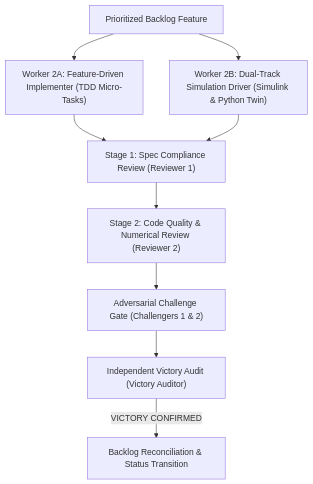
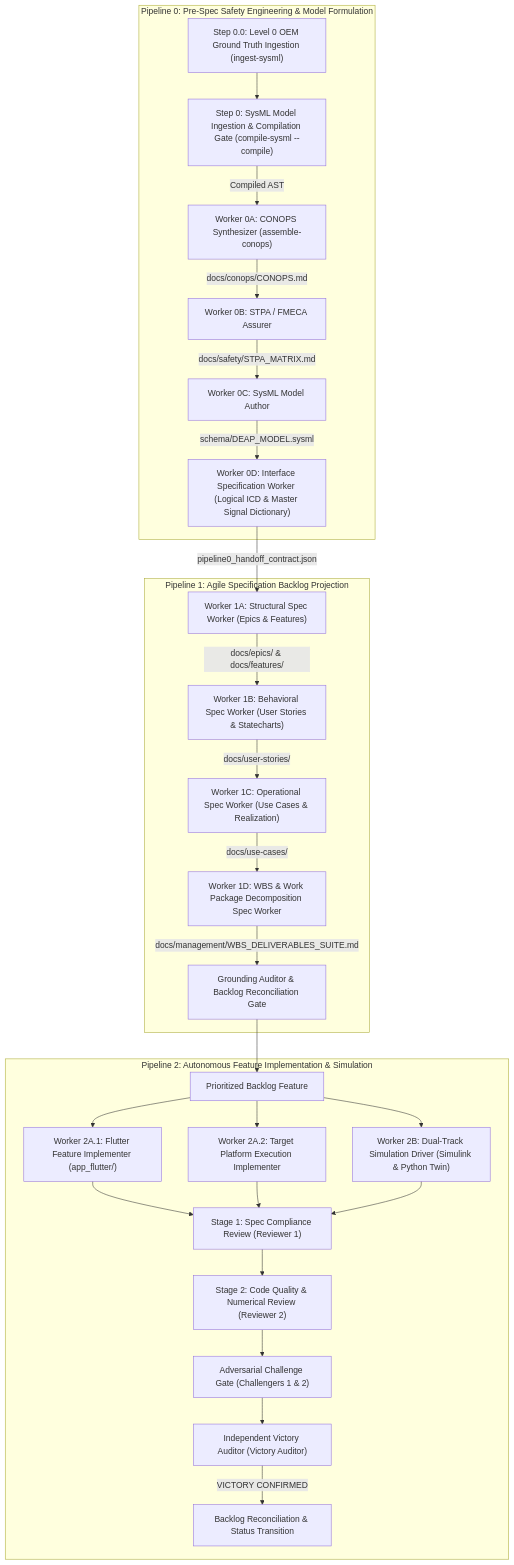
The diagram in README.md (gintatkinson/DEAP01-spec-core), drawn with Mermaid before and after one commit. The commit also changed other lines of this file and 748 other files, not shown here.

````diff
--- a/README.md
+++ b/README.md
@@ -664,10 +112,30 @@
 ```mermaid
 flowchart TD
-    Backlog["Prioritized Backlog Feature"] --> W2A["Worker 2A: Feature-Driven Implementer (TDD Micro-Tasks)"]
-    Backlog --> W2B["Worker 2B: Dual-Track Simulation Driver (Simulink & Python Twin)"]
-    W2A & W2B --> Rev1["Stage 1: Spec Compliance Review (Reviewer 1)"]
-    Rev1 --> Rev2["Stage 2: Code Quality & Numerical Review (Reviewer 2)"]
-    Rev2 --> Chall["Adversarial Challenge Gate (Challengers 1 & 2)"]
-    Chall --> Victory["Independent Victory Audit (Victory Auditor)"]
-    Victory -->|"VICTORY CONFIRMED"| Release["Backlog Reconciliation & Status Transition"]
+    subgraph P0["Pipeline 0: Pre-Spec Safety Engineering & Model Formulation"]
+        Step00["Step 0.0: Level 0 OEM Ground Truth Ingestion (ingest-sysml)"] --> Step0["Step 0: SysML Model Ingestion & Compilation Gate (compile-sysml --compile)"]
+        Step0 -->|"Compiled AST"| W0A["Worker 0A: CONOPS Synthesizer (assemble-conops)"]
+        W0A -->|"docs/conops/CONOPS.md"| W0B["Worker 0B: STPA / FMECA Assurer"]
+        W0B -->|"docs/safety/STPA_MATRIX.md"| W0C["Worker 0C: SysML Model Author"]
+        W0C -->|"schema/DEAP_MODEL.sysml"| W0D["Worker 0D: Interface Specification Worker (Logical ICD & Master Signal Dictionary)"]
+    end
+
+    subgraph P1["Pipeline 1: Agile Specification Backlog Projection"]
+        W0D -->|"pipeline0_handoff_contract.json"| W1A["Worker 1A: Structural Spec Worker (Epics & Features)"]
+        W1A -->|"docs/epics/ & docs/features/"| W1B["Worker 1B: Behavioral Spec Worker (User Stories & Statecharts)"]
+        W1B -->|"docs/user-stories/"| W1C["Worker 1C: Operational Spec Worker (Use Cases & Realization)"]
+        W1C -->|"docs/use-cases/"| W1D["Worker 1D: WBS & Work Package Decomposition Spec Worker"]
+        W1D -->|"docs/management/WBS_DELIVERABLES_SUITE.md"| Reconcile["Grounding Auditor & Backlog Reconciliation Gate"]
+    end
+
+    subgraph P2["Pipeline 2: Autonomous Feature Implementation & Simulation"]
+        Reconcile --> Backlog["Prioritized Backlog Feature"]
+        Backlog --> W2A1["Worker 2A.1: Flutter Feature Implementer (app_flutter/)"]
+        Backlog --> W2A2["Worker 2A.2: Target Platform Execution Implementer"]
+        Backlog --> W2B["Worker 2B: Dual-Track Simulation Driver (Simulink & Python Twin)"]
+        W2A1 & W2A2 & W2B --> Rev1["Stage 1: Spec Compliance Review (Reviewer 1)"]
+        Rev1 --> Rev2["Stage 2: Code Quality & Numerical Review (Reviewer 2)"]
+        Rev2 --> Chall["Adversarial Challenge Gate (Challengers 1 & 2)"]
+        Chall --> Victory["Independent Victory Auditor (Victory Auditor)"]
+        Victory -->|"VICTORY CONFIRMED"| Release["Backlog Reconciliation & Status Transition"]
+    end
 ```
````
